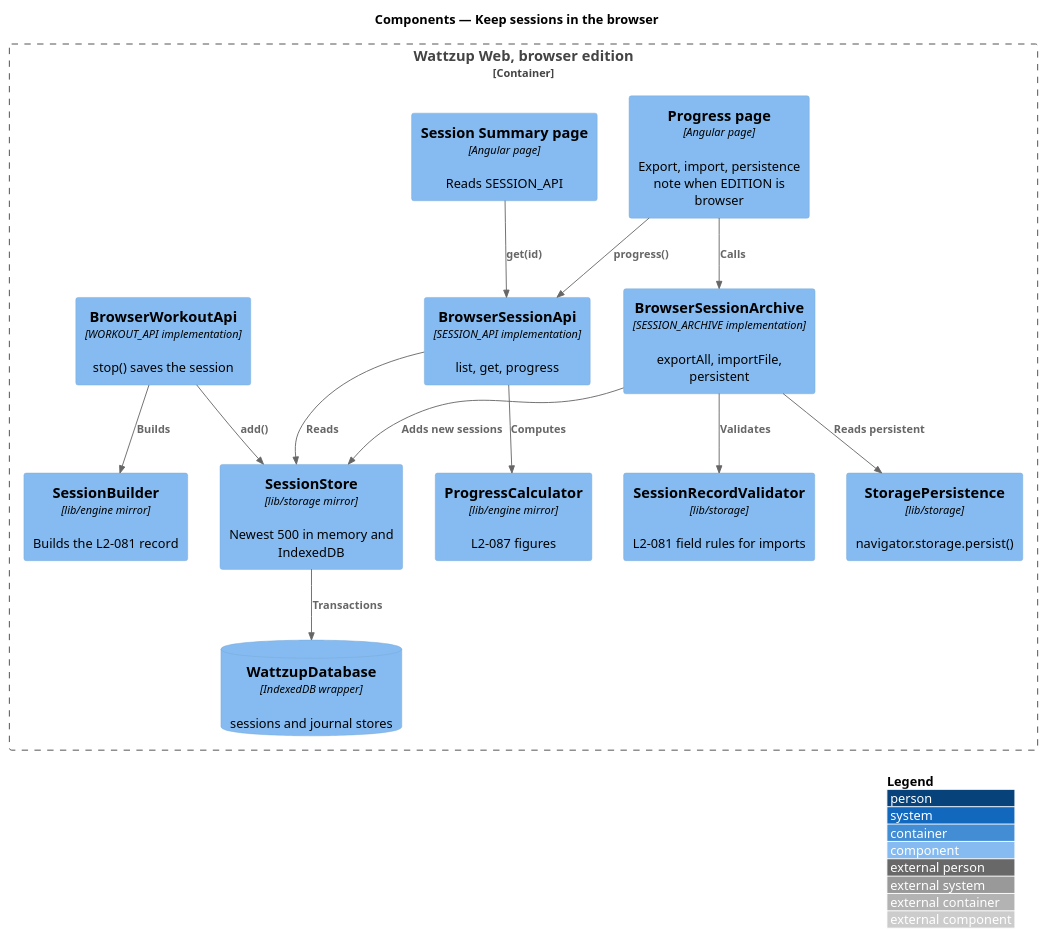
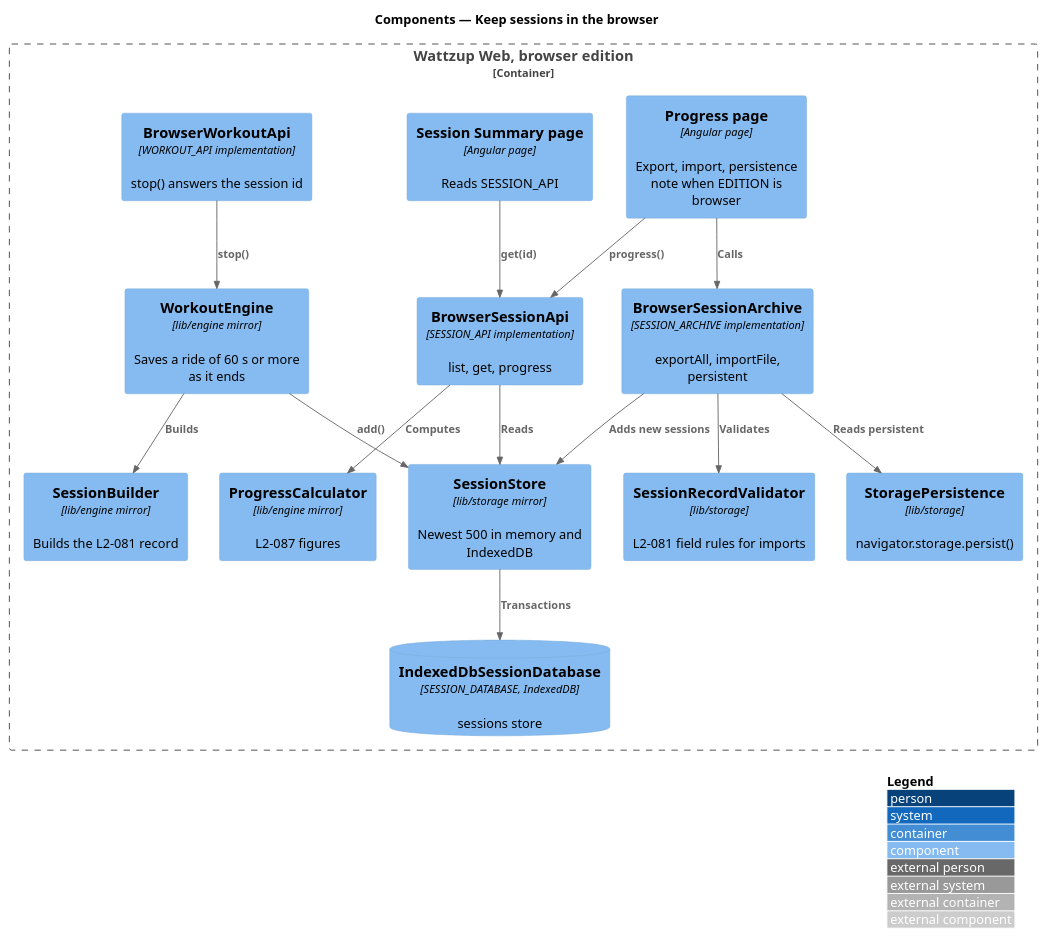
Before and after one commit to QuinntyneBrown/ride-one: the diagram in docs/detailed-designs/browser-edition/keep-sessions-in-browser/diagrams/c4-component.puml, drawn with PlantUML. The commit also changed 20 other files, not shown here.

First line of the commit message:
Keep sessions in IndexedDB in the browser edition (L2-094)

```diff
--- a/docs/detailed-designs/browser-edition/keep-sessions-in-browser/diagrams/c4-component.puml
+++ b/docs/detailed-designs/browser-edition/keep-sessions-in-browser/diagrams/c4-component.puml
@@ -1,30 +1,32 @@
 @startuml
 !include <C4/C4_Component>
 LAYOUT_WITH_LEGEND()
 title Components — Keep sessions in the browser
 
 Container_Boundary(app, "Wattzup Web, browser edition") {
   Component(progress, "Progress page", "Angular page", "Export, import, persistence note when EDITION is browser")
   Component(summary, "Session Summary page", "Angular page", "Reads SESSION_API")
-  Component(wapi, "BrowserWorkoutApi", "WORKOUT_API implementation", "stop() saves the session")
+  Component(wapi, "BrowserWorkoutApi", "WORKOUT_API implementation", "stop() answers the session id")
+  Component(engine, "WorkoutEngine", "lib/engine mirror", "Saves a ride of 60 s or more as it ends")
   Component(sapi, "BrowserSessionApi", "SESSION_API implementation", "list, get, progress")
   Component(archive, "BrowserSessionArchive", "SESSION_ARCHIVE implementation", "exportAll, importFile, persistent")
   Component(builder, "SessionBuilder", "lib/engine mirror", "Builds the L2-081 record")
   Component(calc, "ProgressCalculator", "lib/engine mirror", "L2-087 figures")
   Component(store, "SessionStore", "lib/storage mirror", "Newest 500 in memory and IndexedDB")
   Component(validator, "SessionRecordValidator", "lib/storage", "L2-081 field rules for imports")
   Component(persist, "StoragePersistence", "lib/storage", "navigator.storage.persist()")
-  ComponentDb(db, "WattzupDatabase", "IndexedDB wrapper", "sessions and journal stores")
+  ComponentDb(db, "IndexedDbSessionDatabase", "SESSION_DATABASE, IndexedDB", "sessions store")
 }
 Rel(progress, archive, "Calls")
 Rel(progress, sapi, "progress()")
 Rel(summary, sapi, "get(id)")
-Rel(wapi, builder, "Builds")
-Rel(wapi, store, "add()")
+Rel(wapi, engine, "stop()")
+Rel(engine, builder, "Builds")
+Rel(engine, store, "add()")
 Rel(sapi, store, "Reads")
 Rel(sapi, calc, "Computes")
 Rel(archive, validator, "Validates")
 Rel(archive, store, "Adds new sessions")
 Rel(archive, persist, "Reads persistent")
 Rel(store, db, "Transactions")
 @enduml
```
